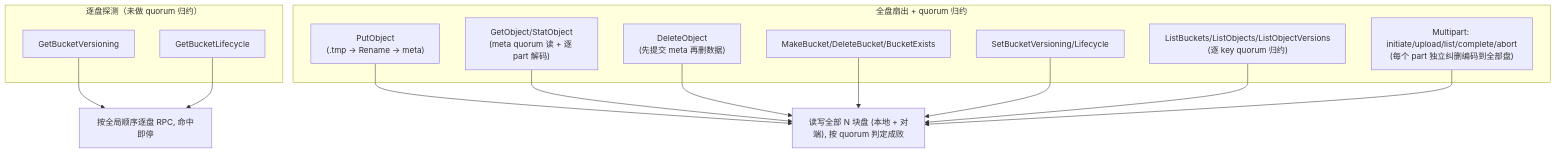
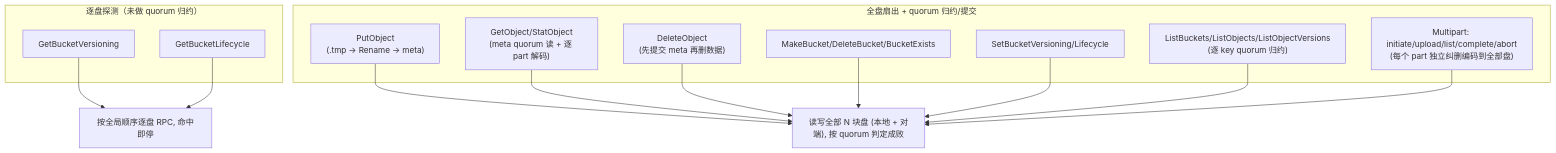
The sixth of 6 diagrams in docs/cluster-communication.md (KeXingJian/gos3), drawn with Mermaid before and after one commit. The commit also changed other lines of this file and 4 other files, not shown here.

````diff
--- a/docs/cluster-communication.md
+++ b/docs/cluster-communication.md
@@ -390,19 +401,19 @@
 ```mermaid
 flowchart TD
     subgraph G2["逐盘探测（未做 quorum 归约）"]
         B2["GetBucketVersioning"]
         B3["GetBucketLifecycle"]
     end
-    subgraph G3["全盘扇出 + quorum 归约"]
+    subgraph G3["全盘扇出 + quorum 归约/提交"]
         C1["PutObject<br/>(.tmp → Rename → meta)"]
         C2["GetObject/StatObject<br/>(meta quorum 读 + 逐 part 解码)"]
         C3["DeleteObject<br/>(先提交 meta 再删数据)"]
         C4["MakeBucket/DeleteBucket/BucketExists"]
         C5["SetBucketVersioning/Lifecycle"]
         C6["ListBuckets/ListObjects/ListObjectVersions<br/>(逐 key quorum 归约)"]
         C7["Multipart: initiate/upload/list/complete/abort<br/>(每个 part 独立纠删编码到全部盘)"]
     end
 
     B2 & B3 --> R2["按全局顺序逐盘 RPC, 命中即停"]
     C1 & C2 & C3 & C4 & C5 & C6 & C7 --> R3["读写全部 N 块盘 (本地 + 对端), 按 quorum 判定成败"]
 ```
````
